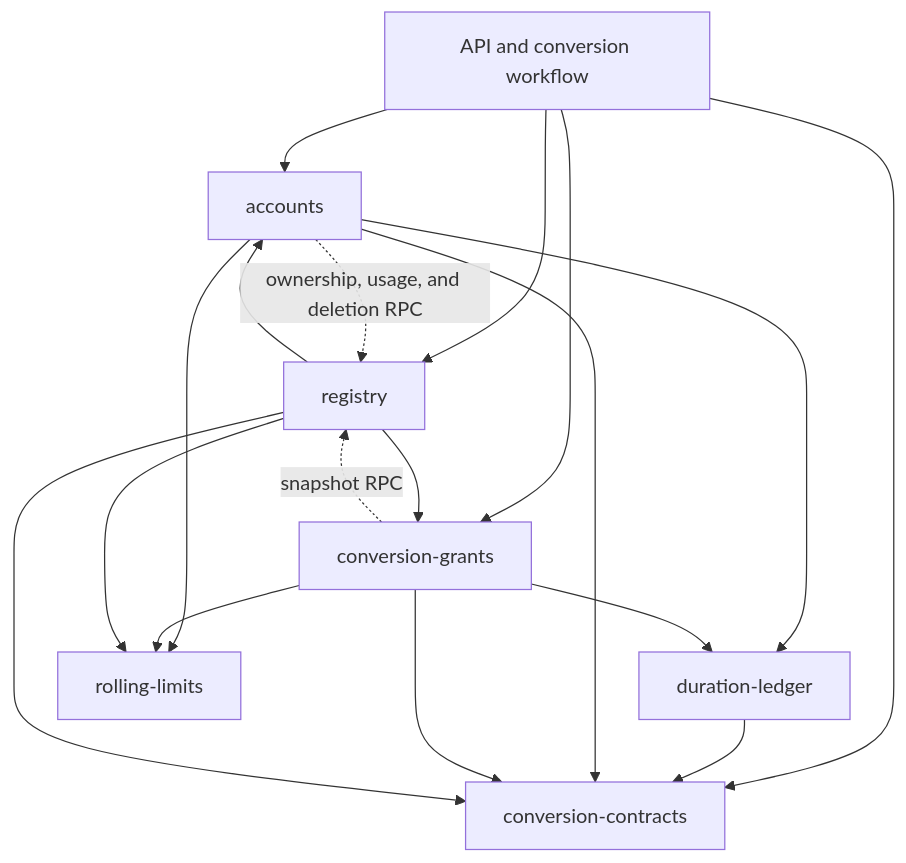
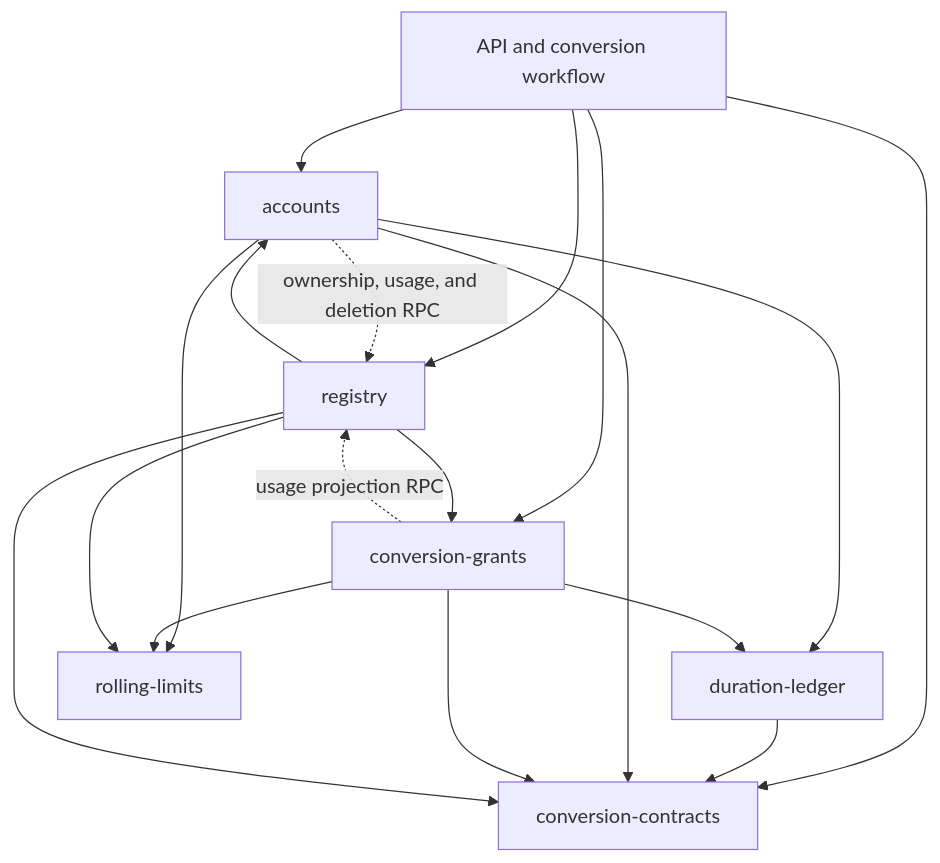
One commit to patricktree/cup changed the second of 2 diagrams in docs/architecture/README.md. Above: the diagram before and after it, drawn with Mermaid. The commit also changed other lines of this file and 17 other files, not shown here.

````diff
--- a/docs/architecture/README.md
+++ b/docs/architecture/README.md
@@ -71,20 +71,20 @@
 ```mermaid
 flowchart TD
     API[API and conversion workflow] --> Accounts[accounts]
     API --> Grants[conversion-grants]
     API --> Registry[registry]
     API --> Contracts[conversion-contracts]
     Registry --> Accounts
     Registry --> Grants
     Accounts --> Ledger[duration-ledger]
     Grants --> Ledger
     Ledger --> Contracts
     Accounts --> Limits[rolling-limits]
     Grants --> Limits
     Registry --> Limits
     Accounts --> Contracts
     Grants --> Contracts
     Registry --> Contracts
     Accounts -. ownership, usage, and deletion RPC .-> Registry
-    Grants -. snapshot RPC .-> Registry
+    Grants -. usage projection RPC .-> Registry
 ```
````
